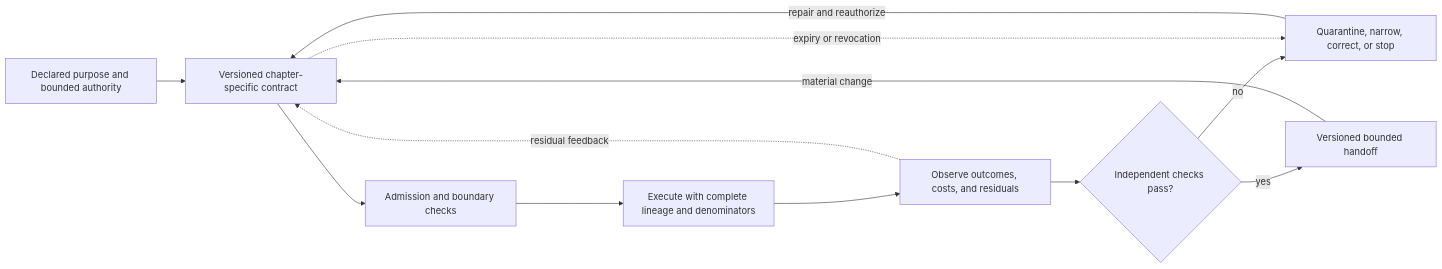
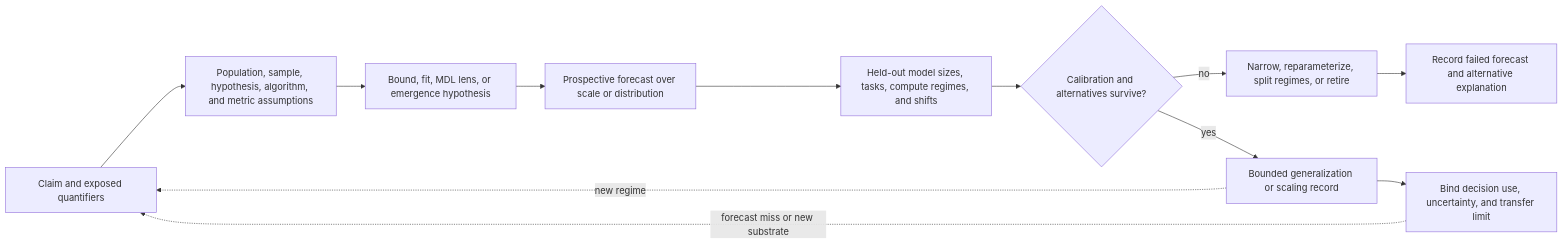
Before and after one commit to corbensorenson/asi-stack-book: the diagram in chapters/learning-theory-generalization-and-scaling-science.qmd, drawn with Mermaid. The commit also changed other lines of this file and 51 other files, not shown here.

Commit message:
Complete W3 chapter inheritance guard

````diff
--- a/chapters/learning-theory-generalization-and-scaling-science.qmd
+++ b/chapters/learning-theory-generalization-and-scaling-science.qmd
@@ -83,14 +72,14 @@
 ```{mermaid}
 flowchart LR
-  A["Declared purpose and bounded authority"] --> B["Versioned chapter-specific contract"]
-  B["Versioned chapter-specific contract"] --> C["Admission and boundary checks"]
-  C["Admission and boundary checks"] --> D["Execute with complete lineage and denominators"]
-  D["Execute with complete lineage and denominators"] --> E["Observe outcomes, costs, and residuals"]
-  E["Observe outcomes, costs, and residuals"] --> F{"Independent checks pass?"}
-  F -- "no" --> G["Quarantine, narrow, correct, or stop"]
-  F -- "yes" --> H["Versioned bounded handoff"]
-  G -- "repair and reauthorize" --> B
-  H -- "material change" --> B
-  B -. "expiry or revocation" .-> G
-  E -. "residual feedback" .-> B
+  Q["Claim and exposed quantifiers"] --> A["Population, sample, hypothesis, algorithm, and metric assumptions"]
+  A --> M["Bound, fit, MDL lens, or emergence hypothesis"]
+  M --> F["Prospective forecast over scale or distribution"]
+  F --> H["Held-out model sizes, tasks, compute regimes, and shifts"]
+  H --> C{"Calibration and alternatives survive?"}
+  C -- "no" --> N["Narrow, reparameterize, split regimes, or retire"]
+  C -- "yes" --> R["Bounded generalization or scaling record"]
+  N --> E["Record failed forecast and alternative explanation"]
+  R --> D["Bind decision use, uncertainty, and transfer limit"]
+  D -. "forecast miss or new substrate" .-> Q
+  R -. "new regime" .-> Q
 ```
````
